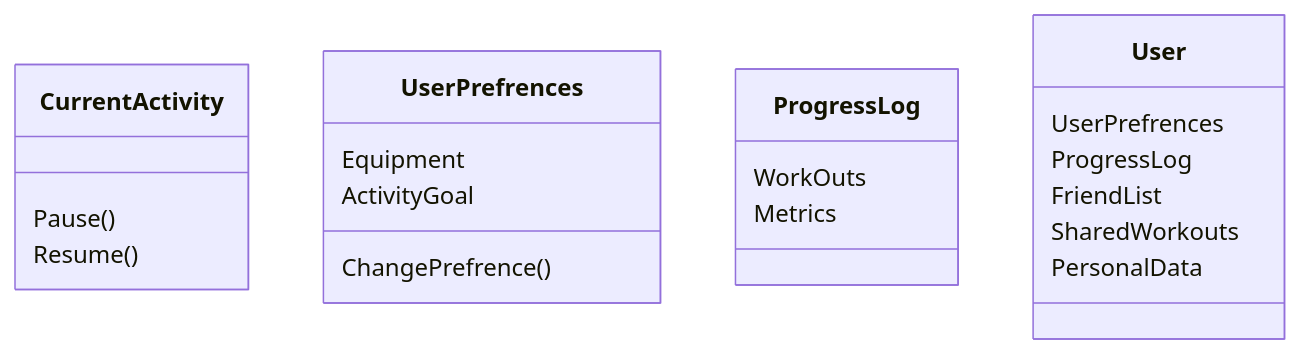
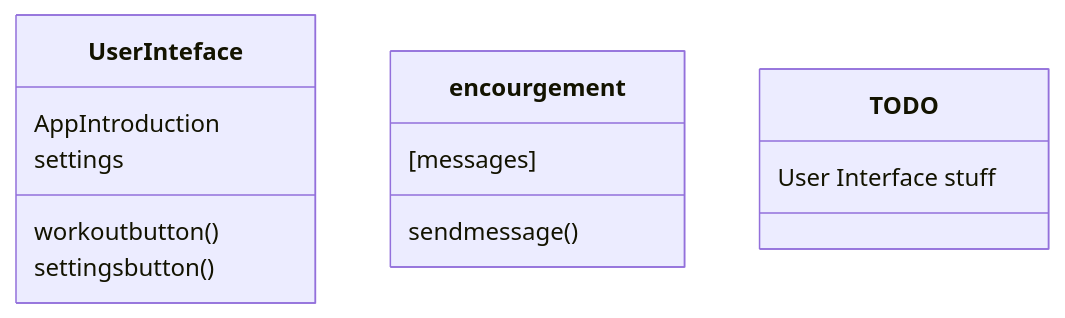
One commit to SteHun/WorkoutappAssignment changed the second of 2 diagrams in graph.md. Above: the diagram before and after it, drawn with Mermaid. The commit also changed other lines of this file and 1 other file, not shown here.

Commit message:
worked on model

````diff
--- a/graph.md
+++ b/graph.md
@@ -54,26 +79,21 @@
 ```mermaid
   classDiagram
-    class CurrentActivity{
-      Pause()
-      Resume()
+    class UserInteface{
+      AppIntroduction
+      settings
+      workoutbutton()
+      settingsbutton()
+      
+    }
+    class encourgement{
+      [messages]
+      sendmessage()
     }
 
-    class UserPrefrences{
-      Equipment
-      ActivityGoal
-      ChangePrefrence()
-    }
 
-    class ProgressLog{
-      WorkOuts
-      Metrics
-    }
-  
-    class User{
-      UserPrefrences
-      ProgressLog
-      FriendList
-      SharedWorkouts
-      PersonalData
+
+
+    class TODO{
+      User Interface stuff
     }
 ```
````
